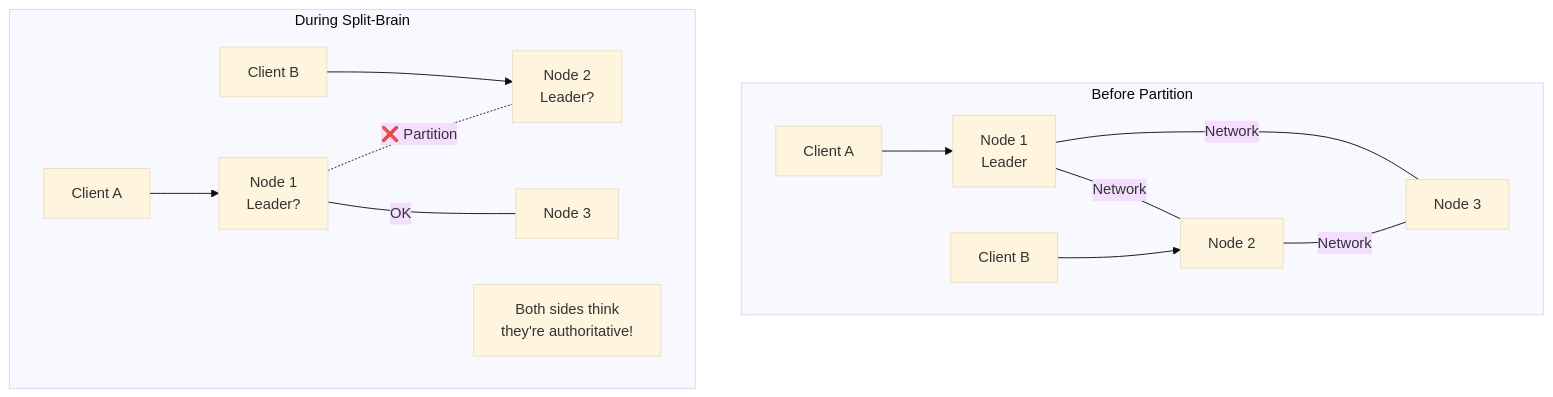
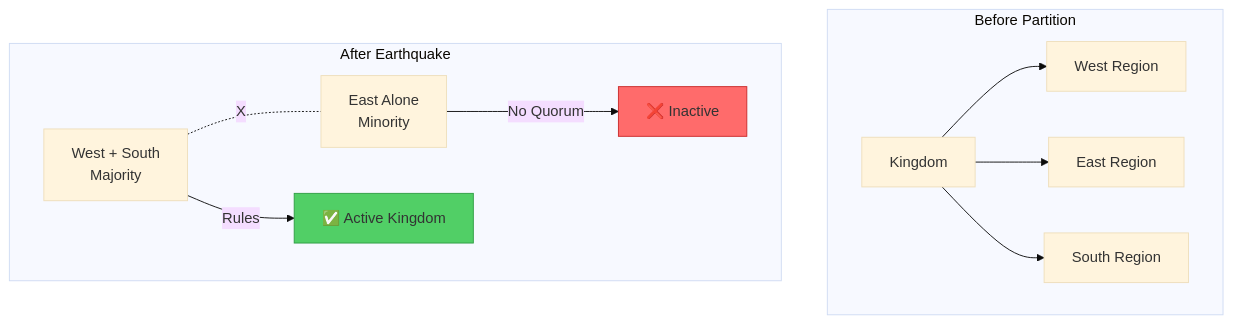
The first of 6 diagrams in docs/pattern-library/resilience/split-brain.md (deepaucksharma/DStudio), drawn with Mermaid (base theme) before and after one commit. The commit also changed other lines of this file and 119 other files, not shown here.

````diff
--- a/docs/pattern-library/resilience/split-brain.md
+++ b/docs/pattern-library/resilience/split-brain.md
@@ -51,21 +69,17 @@
 ```mermaid
 graph TB
     subgraph "Before Partition"
-        N1[Node 1<br/>Leader] ---|Network| N2[Node 2]
-        N1 ---|Network| N3[Node 3]
-        N2 ---|Network| N3
-        
-        Client1[Client A] --> N1
-        Client2[Client B] --> N2
+        K[Kingdom] --> W[West Region]
+        K --> E[East Region]
+        K --> S[South Region]
     end
     
-    subgraph "During Split-Brain"
-        N1B[Node 1<br/>Leader?] -.-|❌ Partition| N2B[Node 2<br/>Leader?]
-        N1B ---|OK| N3B[Node 3]
-        
-        C1[Client A] --> N1B
-        C2[Client B] --> N2B
-        
-        Note1[Both sides think<br/>they're authoritative!]
+    subgraph "After Earthquake"
+        W2[West + South<br/>Majority] -.X.- E2[East Alone<br/>Minority]
+        W2 -->|Rules| A[✅ Active Kingdom]
+        E2 -->|No Quorum| I[❌ Inactive]
     end
+    
+    style A fill:#51cf66,stroke:#2f9e44
+    style I fill:#ff6b6b,stroke:#c92a2a
 ```
````
